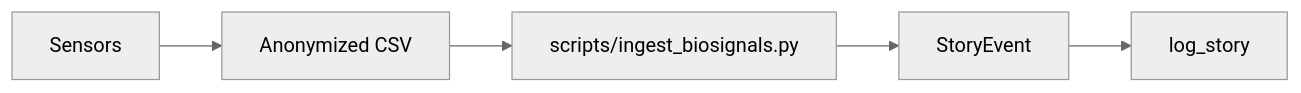
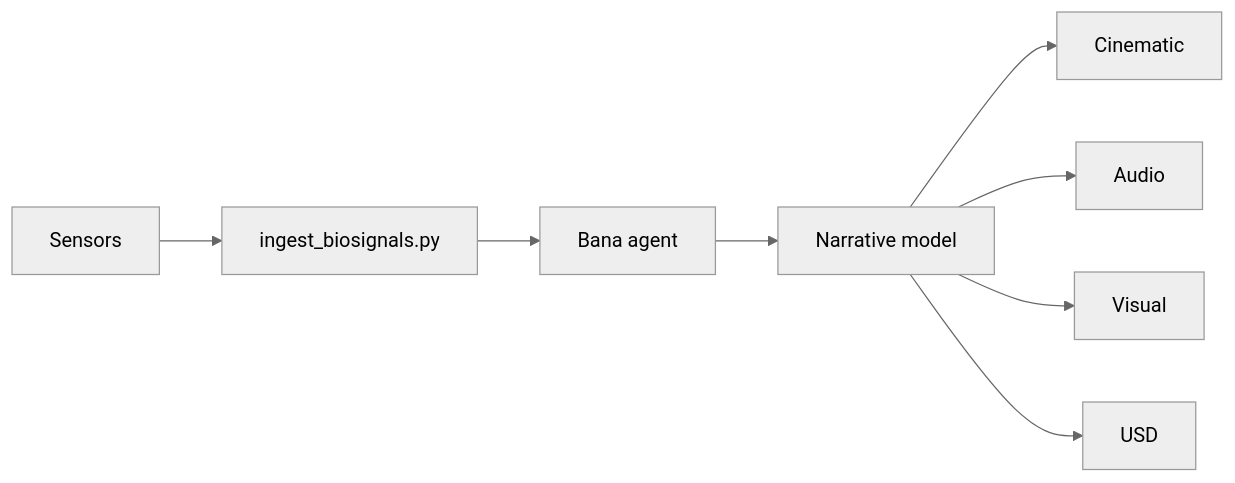
Before and after one commit to DINGIRABZU/ABZU: the diagram in docs/nazarick_narrative_system.md, drawn with Mermaid (neutral theme). The commit also changed 1 other file, not shown here.

Commit message:
docs: add narrative mermaid pipeline

````diff
--- a/docs/nazarick_narrative_system.md
+++ b/docs/nazarick_narrative_system.md
@@ -6,7 +6,10 @@
 ```mermaid
 flowchart LR
-    Sensors --> CSV[Anonymized CSV]
-    CSV --> Ingest[scripts/ingest_biosignals.py]
-    Ingest --> Transform[StoryEvent]
-    Transform --> Log[log_story]
+    S[Sensors] --> I[ingest_biosignals.py]
+    I --> B[Bana agent]
+    B --> M[Narrative model]
+    M --> C[Cinematic]
+    M --> A[Audio]
+    M --> V[Visual]
+    M --> U[USD]
 ```
````
